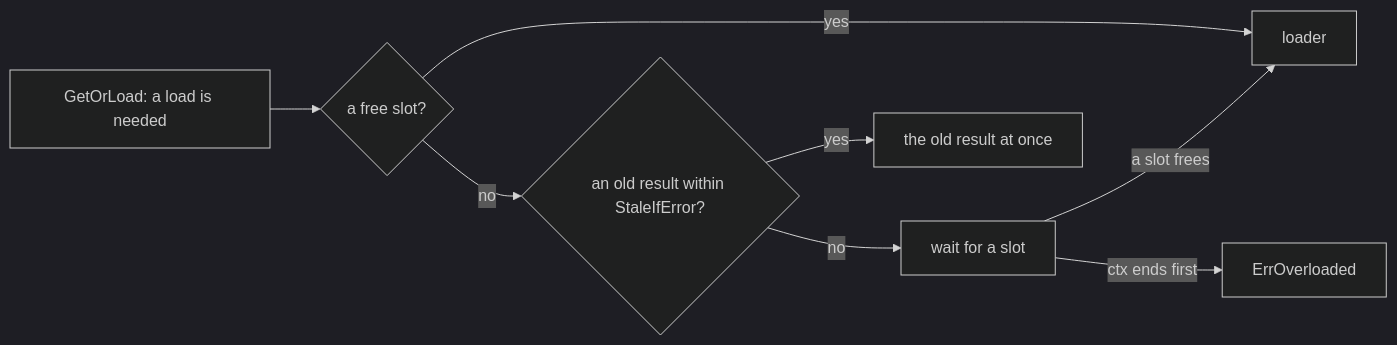
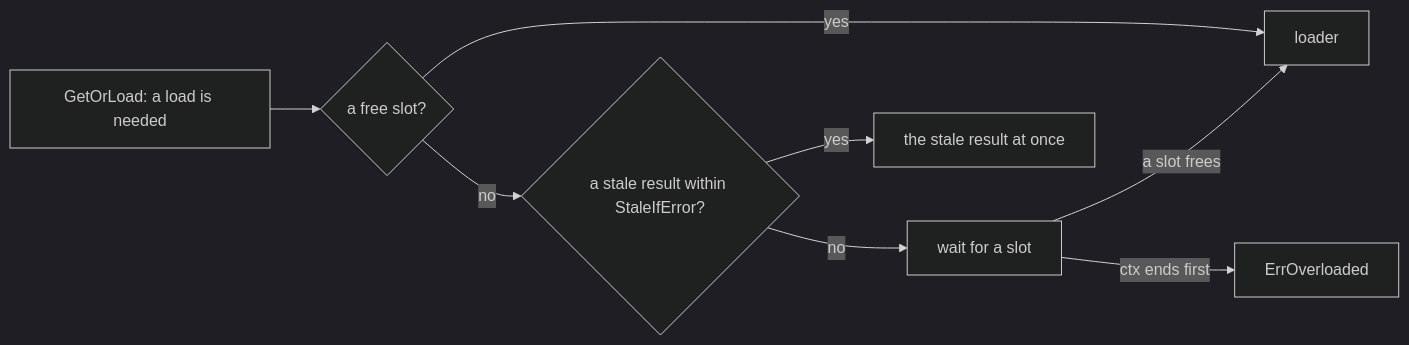
Before and after one commit to eugeneliukindev/gashe: the second of 2 diagrams in docs/en/concepts/stampedes.md, drawn with Mermaid (dark theme). The commit also changed other lines of this file and 119 other files, not shown here.

````diff
--- a/docs/en/concepts/stampedes.md
+++ b/docs/en/concepts/stampedes.md
@@ -63,10 +92,10 @@
 ```mermaid
 flowchart LR
     A["GetOrLoad: a load is needed"] --> B{"a free slot?"}
     B -- yes --> L[loader]
-    B -- no --> C{"an old result within StaleIfError?"}
-    C -- yes --> O["the old result at once"]
+    B -- no --> C{"a stale result within StaleIfError?"}
+    C -- yes --> O["the stale result at once"]
     C -- no --> W["wait for a slot"]
     W -- "a slot frees" --> L
     W -- "ctx ends first" --> E[ErrOverloaded]
 ```
````
